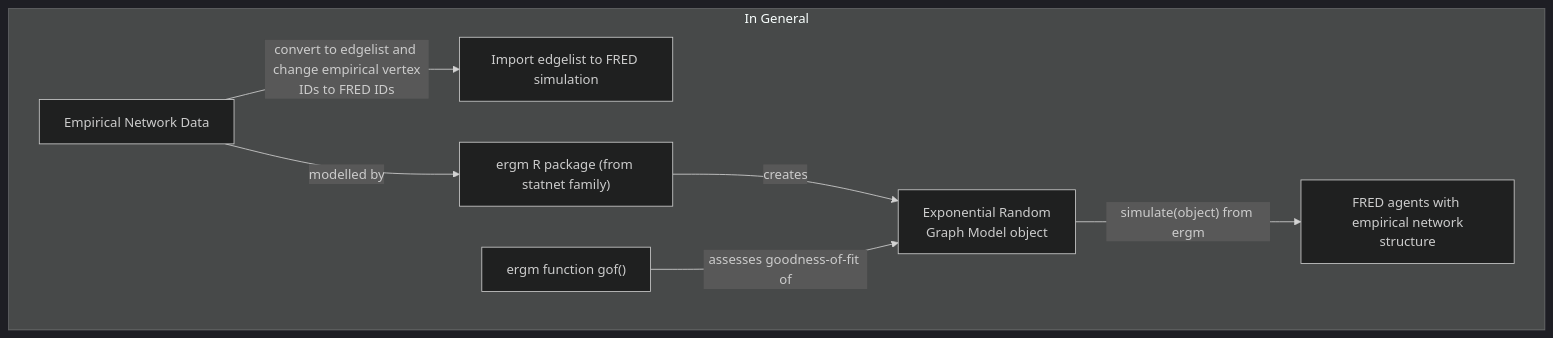
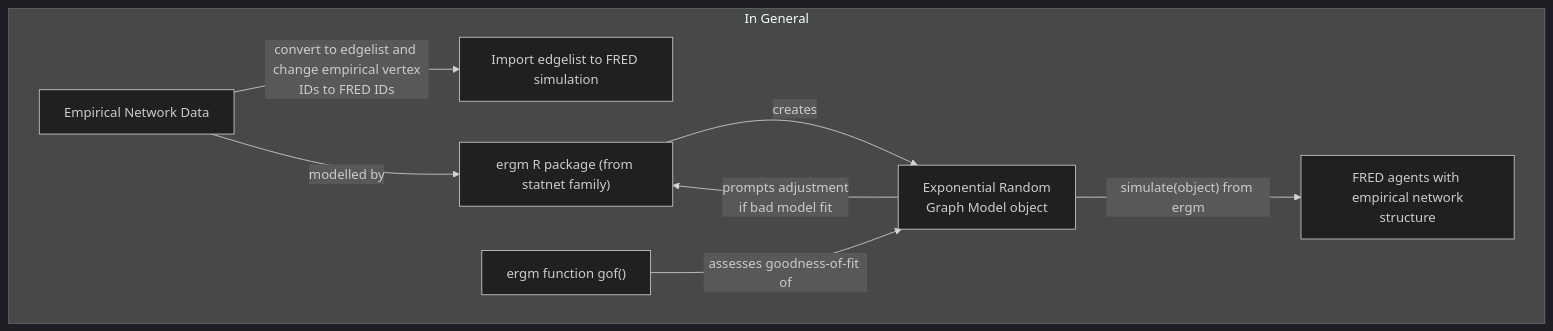
Before and after one commit to Epistemix-com/ERGM-for-FRED: the first of 2 diagrams in README.md, drawn with Mermaid (dark theme). The commit also changed other lines of this file, not shown here.

````diff
--- a/README.md
+++ b/README.md
@@ -4,10 +4,11 @@
 ```mermaid
 flowchart TB
   subgraph In General
     A1["Empirical Network Data"]-- "convert to edgelist and \n change empirical vertex IDs to FRED IDs" -->B1b["Import edgelist to FRED simulation"];
     A1 -- modelled by -->B1a["ergm R package (from statnet family)"];
     B1a -- creates -->C1["Exponential Random \n Graph Model object"];
     D1["ergm function gof()"] -- assesses goodness-of-fit of -->C1;
+    C1 -- prompts adjustment \n if bad model fit -->B1a;
     C1 -- "simulate(object)" from ergm --> E1["FRED agents with \n empirical network structure"];
   end
 ```
````
